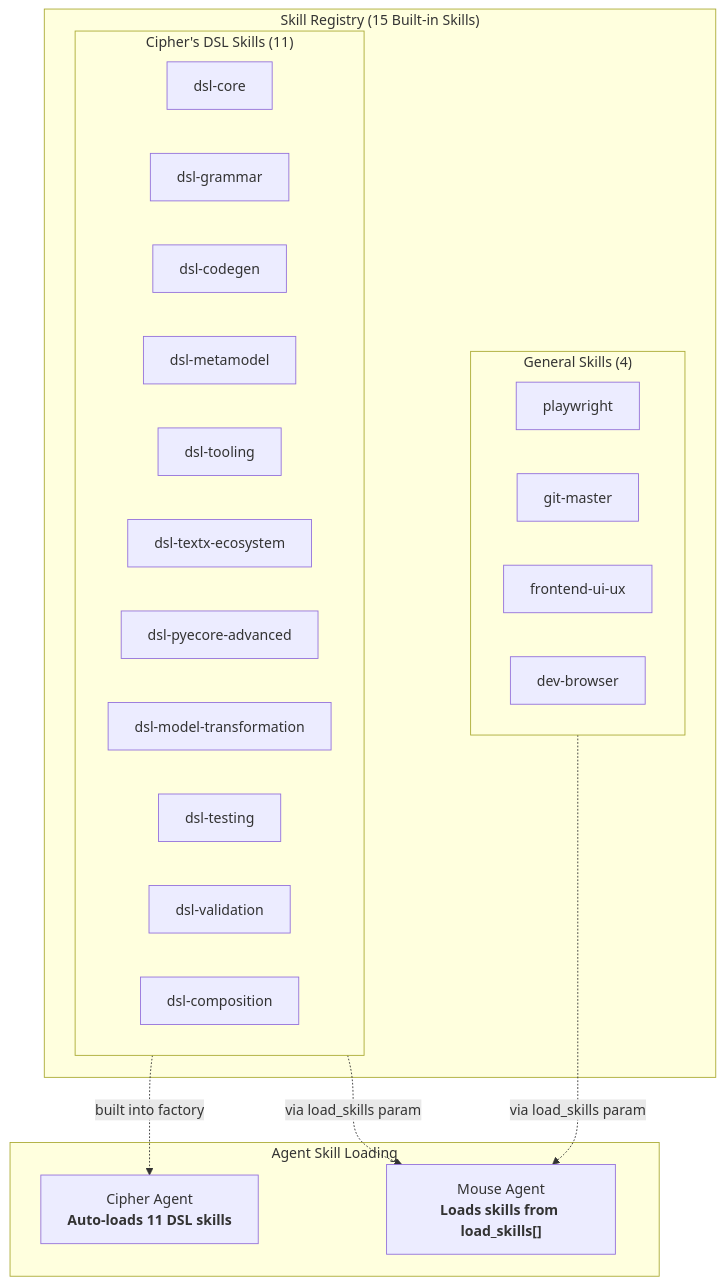
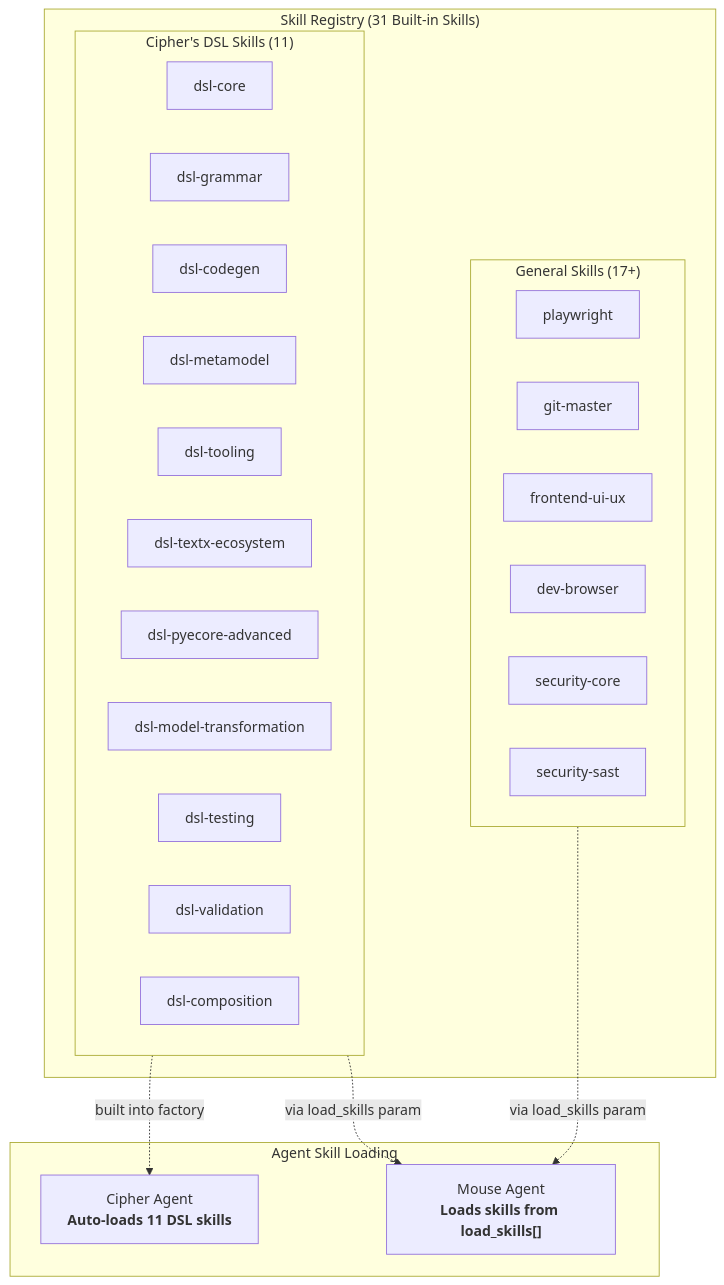
One commit to code-yeongyu/oh-my-openagent changed the fourth of 7 diagrams in docs/agent-architecture.md. Above: the diagram before and after it, drawn with Mermaid. The commit also changed other lines of this file and 3 other files, not shown here.

Commit message:
docs: update orchestration, category-skill, CLI, and architecture guide docs for v2.0.0

````diff
--- a/docs/agent-architecture.md
+++ b/docs/agent-architecture.md
@@ -170,34 +178,36 @@
 ```mermaid
 graph TD
-    subgraph SKILL_REGISTRY["Skill Registry (15 Built-in Skills)"]
+    subgraph SKILL_REGISTRY["Skill Registry (31 Built-in Skills)"]
         subgraph DSL_SKILLS["Cipher's DSL Skills (11)"]
             S1["dsl-core"]
             S2["dsl-grammar"]
             S3["dsl-codegen"]
             S4["dsl-metamodel"]
             S5["dsl-tooling"]
             S6["dsl-textx-ecosystem"]
             S7["dsl-pyecore-advanced"]
             S8["dsl-model-transformation"]
             S9["dsl-testing"]
             S10["dsl-validation"]
             S11["dsl-composition"]
         end
 
-        subgraph GENERAL_SKILLS["General Skills (4)"]
+        subgraph GENERAL_SKILLS["General Skills (17+)"]
             G1["playwright"]
             G2["git-master"]
             G3["frontend-ui-ux"]
             G4["dev-browser"]
+            G5["security-core"]
+            G6["security-sast"]
         end
     end
 
     subgraph AGENTS["Agent Skill Loading"]
         CIP_AGENT["Cipher Agent<br/><b>Auto-loads 11 DSL skills</b>"]
         MOUSE_AGENT["Mouse Agent<br/><b>Loads skills from load_skills[]</b>"]
     end
 
     DSL_SKILLS -.->|"built into factory"| CIP_AGENT
     GENERAL_SKILLS -.->|"via load_skills param"| MOUSE_AGENT
     DSL_SKILLS -.->|"via load_skills param"| MOUSE_AGENT
 ```
````
